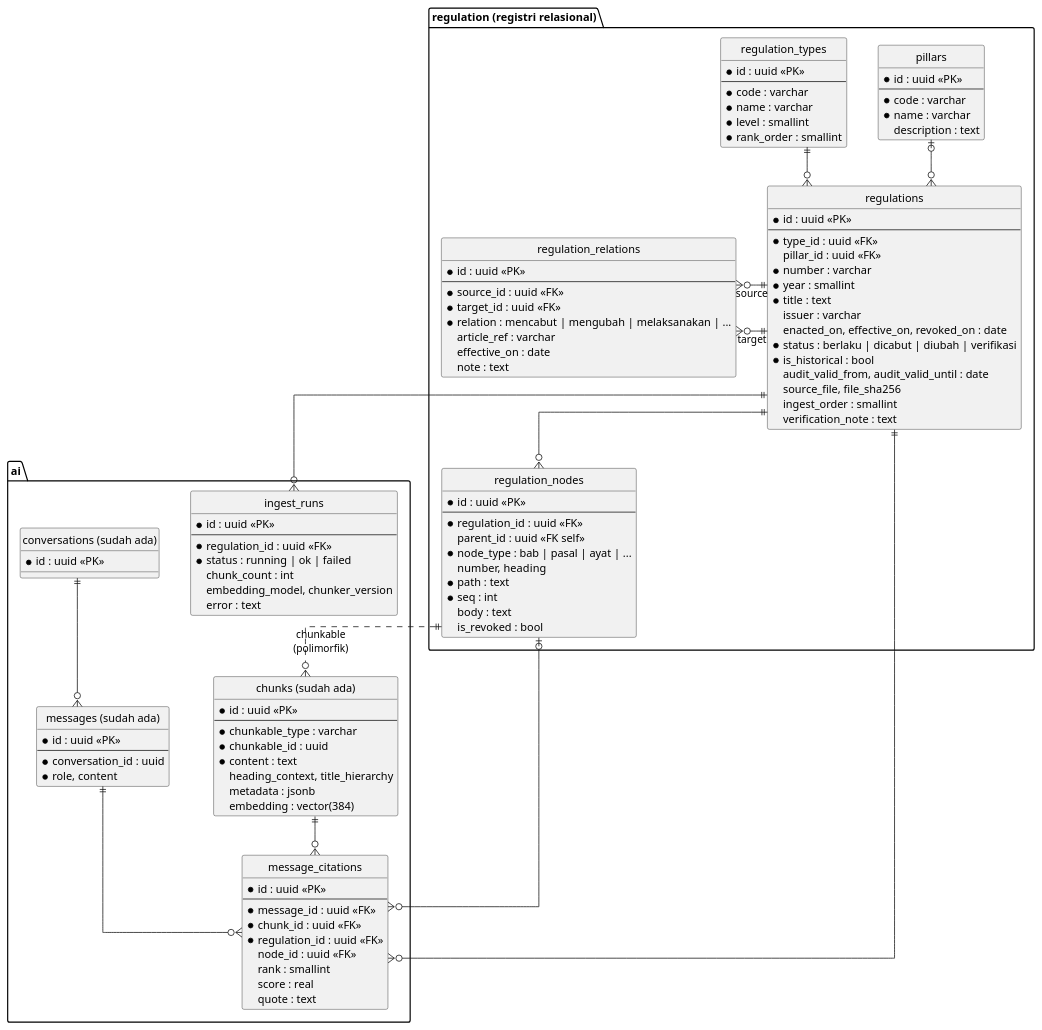
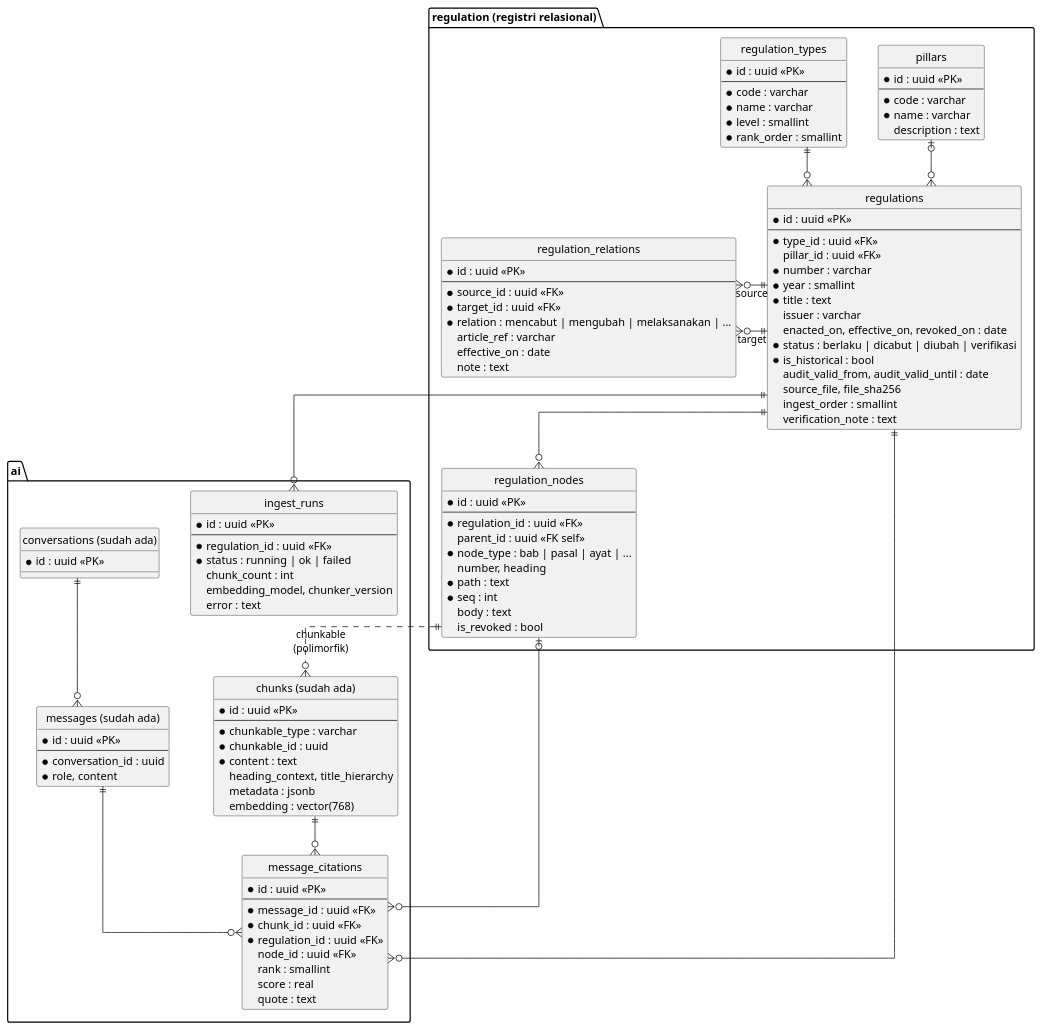
The diagram in desertation/diagram/er_knowledge_base.puml (bendo01/xsia_xarx), drawn with PlantUML before and after one commit. The commit also changed 3 other files, not shown here.

```diff
--- a/desertation/diagram/er_knowledge_base.puml
+++ b/desertation/diagram/er_knowledge_base.puml
@@ -1,123 +1,123 @@
 @startuml er_knowledge_base
 skinparam shadowing false
 skinparam defaultFontName Arial
 hide circle
 skinparam linetype ortho
 skinparam nodesep 40
 skinparam ranksep 50
 
 package "regulation (registri relasional)" {
   entity "regulation_types" as RT {
     * id : uuid <<PK>>
     --
     * code : varchar
     * name : varchar
     * level : smallint
     * rank_order : smallint
   }
   entity "pillars" as PIL {
     * id : uuid <<PK>>
     --
     * code : varchar
     * name : varchar
     description : text
   }
   entity "regulations" as REG {
     * id : uuid <<PK>>
     --
     * type_id : uuid <<FK>>
     pillar_id : uuid <<FK>>
     * number : varchar
     * year : smallint
     * title : text
     issuer : varchar
     enacted_on, effective_on, revoked_on : date
     * status : berlaku | dicabut | diubah | verifikasi
     * is_historical : bool
     audit_valid_from, audit_valid_until : date
     source_file, file_sha256
     ingest_order : smallint
     verification_note : text
   }
   entity "regulation_relations" as REL {
     * id : uuid <<PK>>
     --
     * source_id : uuid <<FK>>
     * target_id : uuid <<FK>>
     * relation : mencabut | mengubah | melaksanakan | ...
     article_ref : varchar
     effective_on : date
     note : text
   }
   entity "regulation_nodes" as NODE {
     * id : uuid <<PK>>
     --
     * regulation_id : uuid <<FK>>
     parent_id : uuid <<FK self>>
     * node_type : bab | pasal | ayat | ...
     number, heading
     * path : text
     * seq : int
     body : text
     is_revoked : bool
   }
 }
 
 package "ai" {
   entity "chunks (sudah ada)" as CH {
     * id : uuid <<PK>>
     --
     * chunkable_type : varchar
     * chunkable_id : uuid
     * content : text
     heading_context, title_hierarchy
     metadata : jsonb
-    embedding : vector(384)
+    embedding : vector(768)
   }
   entity "conversations (sudah ada)" as CONV {
     * id : uuid <<PK>>
   }
   entity "messages (sudah ada)" as MSG {
     * id : uuid <<PK>>
     --
     * conversation_id : uuid
     * role, content
   }
   entity "message_citations" as CIT {
     * id : uuid <<PK>>
     --
     * message_id : uuid <<FK>>
     * chunk_id : uuid <<FK>>
     * regulation_id : uuid <<FK>>
     node_id : uuid <<FK>>
     rank : smallint
     score : real
     quote : text
   }
   entity "ingest_runs" as RUN {
     * id : uuid <<PK>>
     --
     * regulation_id : uuid <<FK>>
     * status : running | ok | failed
     chunk_count : int
     embedding_model, chunker_version
     error : text
   }
 }
 
 RT ||-down-o{ REG
 PIL |o-down-o{ REG
 REG ||-down-o{ NODE
 REG ||-left-o{ REL : source
 REG ||-left-o{ REL : target
 REG ||-right-o{ RUN
 NODE ||.down.o{ CH : "chunkable\n(polimorfik)"
 CH ||-down-o{ CIT
 CONV ||-right-o{ MSG
 MSG ||-down-o{ CIT
 CIT }o-up-|| REG
 CIT }o-up-o| NODE
 
 RT -[hidden]right- PIL
 CONV -[hidden]down- CH
 @enduml
```
